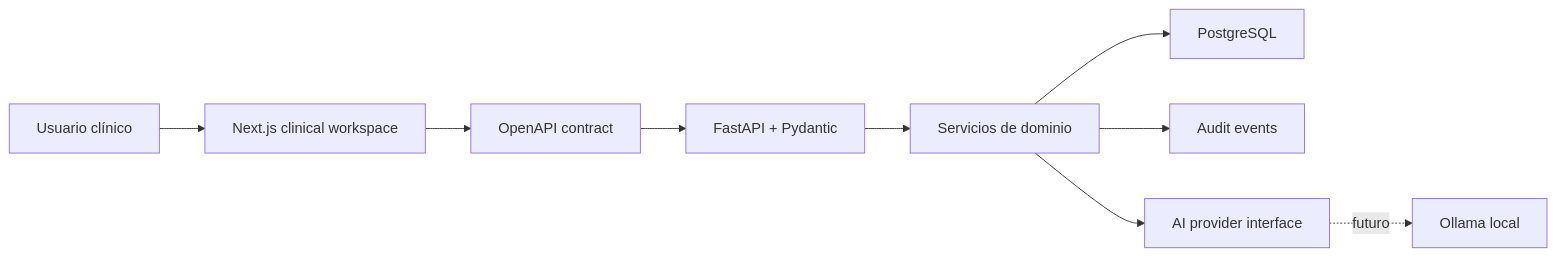
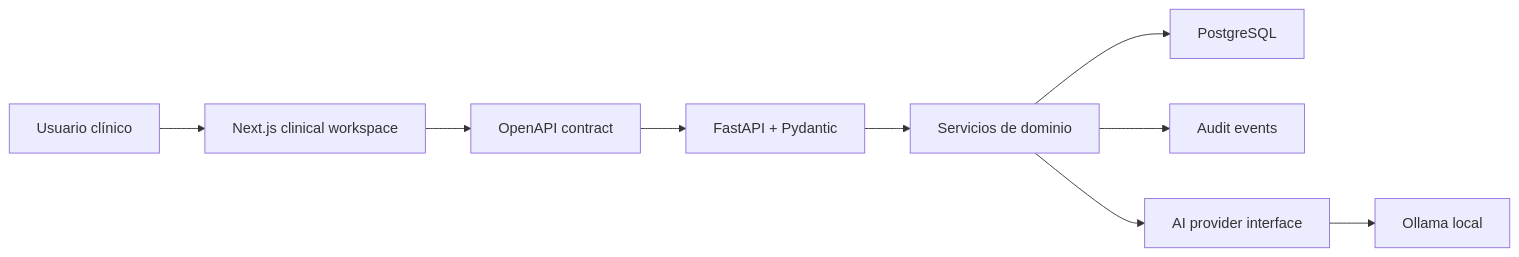
One commit to gabriel2320/oneepis changed the diagram in docs/ARCHITECTURE.md. Above: the diagram before and after it, drawn with Mermaid. The commit also changed other lines of this file and 14 other files, not shown here.

````diff
--- a/docs/ARCHITECTURE.md
+++ b/docs/ARCHITECTURE.md
@@ -21,11 +21,11 @@
 ```mermaid
 flowchart LR
   Clinician["Usuario clínico"] --> Web["Next.js clinical workspace"]
   Web --> Contract["OpenAPI contract"]
   Contract --> API["FastAPI + Pydantic"]
   API --> Domain["Servicios de dominio"]
   Domain --> DB["PostgreSQL"]
   Domain --> Audit["Audit events"]
   Domain --> AI["AI provider interface"]
-  AI -. futuro .-> Ollama["Ollama local"]
+  AI --> Ollama["Ollama local"]
 ```
````
